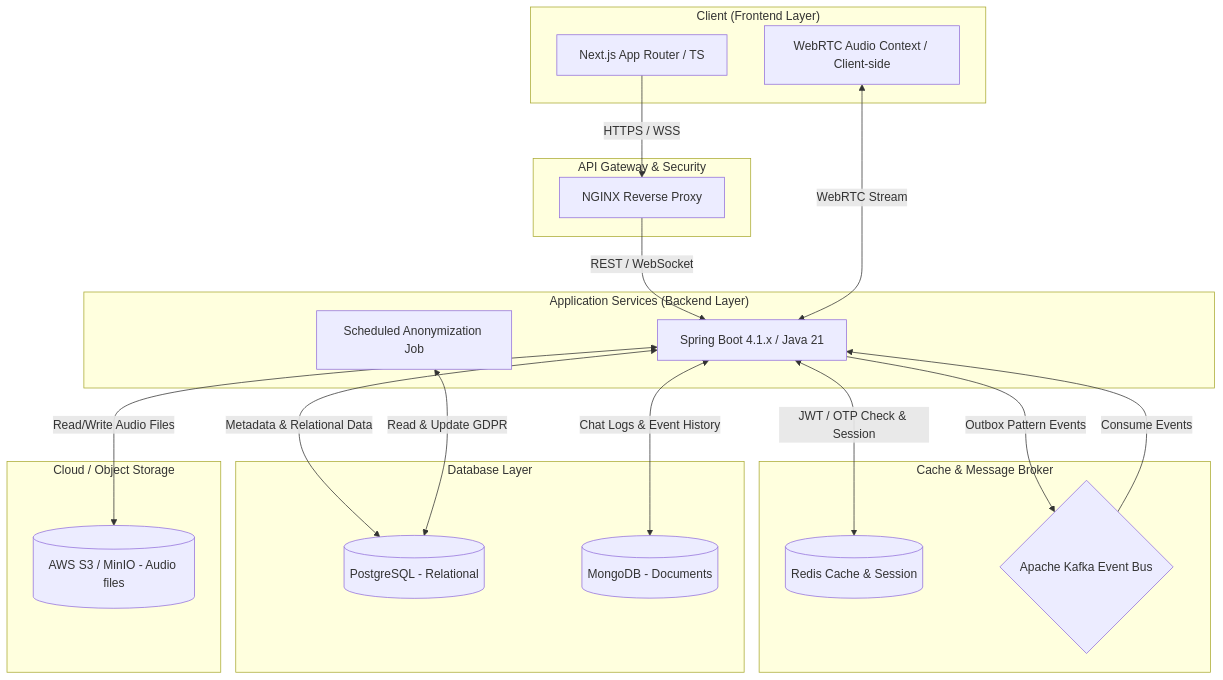
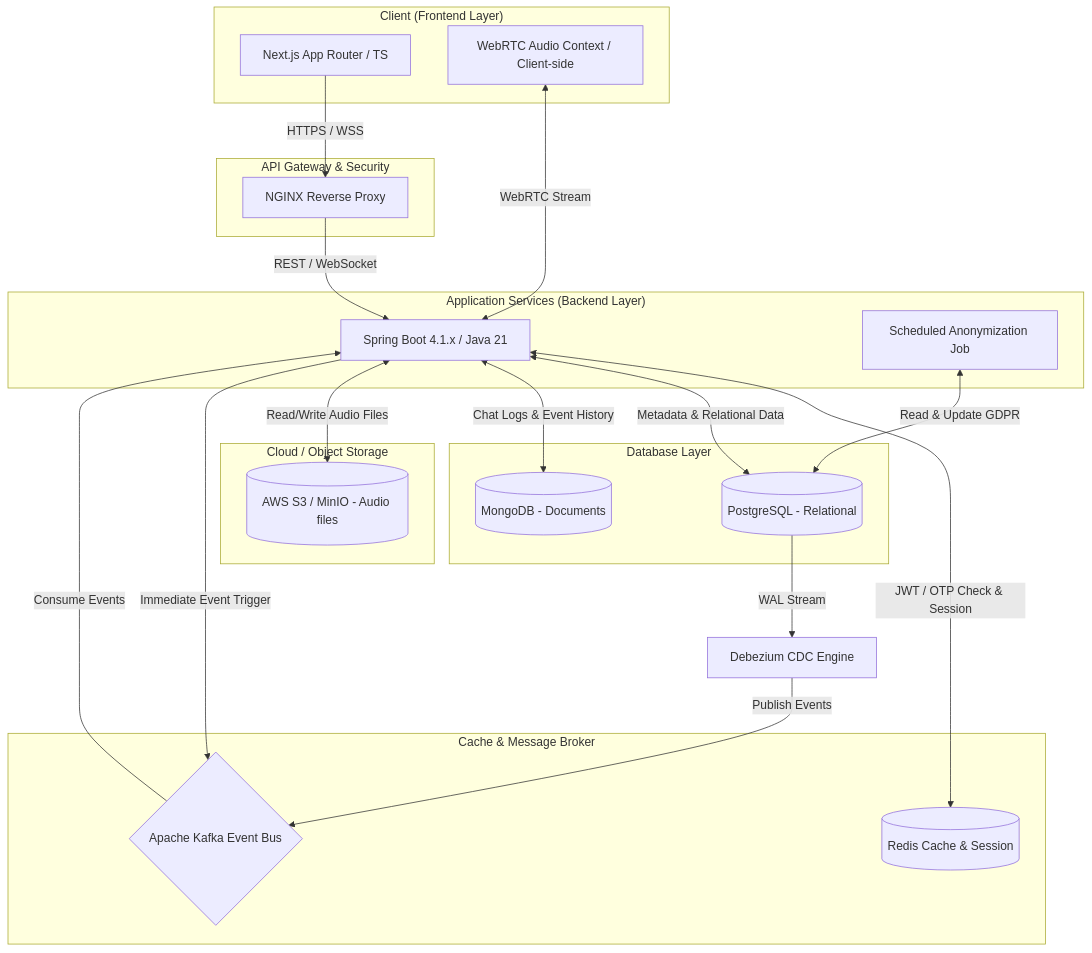
One commit to NguyenDucHoangNam/PWB_Mini changed the second of 2 diagrams in docs/00_introduction.md. Above: the diagram before and after it, drawn with Mermaid. The commit also changed other lines of this file and 3 other files, not shown here.

Commit message:
docs: update architectural design documentation for Debezium CDC outbox pattern

````diff
--- a/docs/00_introduction.md
+++ b/docs/00_introduction.md
@@ -65,44 +65,47 @@
 ```mermaid
 flowchart TD
     subgraph Client ["Client (Frontend Layer)"]
         FE[Next.js App Router / TS]
         WebRTC_Client[WebRTC Audio Context / Client-side]
     end
 
     subgraph Gateway ["API Gateway & Security"]
         NGINX[NGINX Reverse Proxy]
     end
 
     subgraph Services ["Application Services (Backend Layer)"]
         BE[Spring Boot 4.1.x / Java 21]
         Job[Scheduled Anonymization Job]
     end
 
     subgraph CacheStore ["Cache & Message Broker"]
         Redis[(Redis Cache & Session)]
         Kafka{Apache Kafka Event Bus}
     end
 
     subgraph DB ["Database Layer"]
         Postgres[(PostgreSQL - Relational)]
         Mongo[(MongoDB - Documents)]
     end
 
     subgraph Storage ["Cloud / Object Storage"]
         S3[(AWS S3 / MinIO - Audio files)]
     end
 
     %% Connections
     FE -->|HTTPS / WSS| NGINX
     NGINX -->|REST / WebSocket| BE
     WebRTC_Client <-->|WebRTC Stream| BE
     
     BE <-->|JWT / OTP Check & Session| Redis
-    BE -->|Outbox Pattern Events| Kafka
     BE <-->|Metadata & Relational Data| Postgres
     BE <-->|Chat Logs & Event History| Mongo
     BE <-->|Read/Write Audio Files| S3
     
+    Postgres -->|WAL Stream| Debezium[Debezium CDC Engine]
+    Debezium -->|Publish Events| Kafka
+    BE -->|Immediate Event Trigger| Kafka
+    
     Kafka -->|Consume Events| BE
     Job <-->|Read & Update GDPR| Postgres
 ```
````
